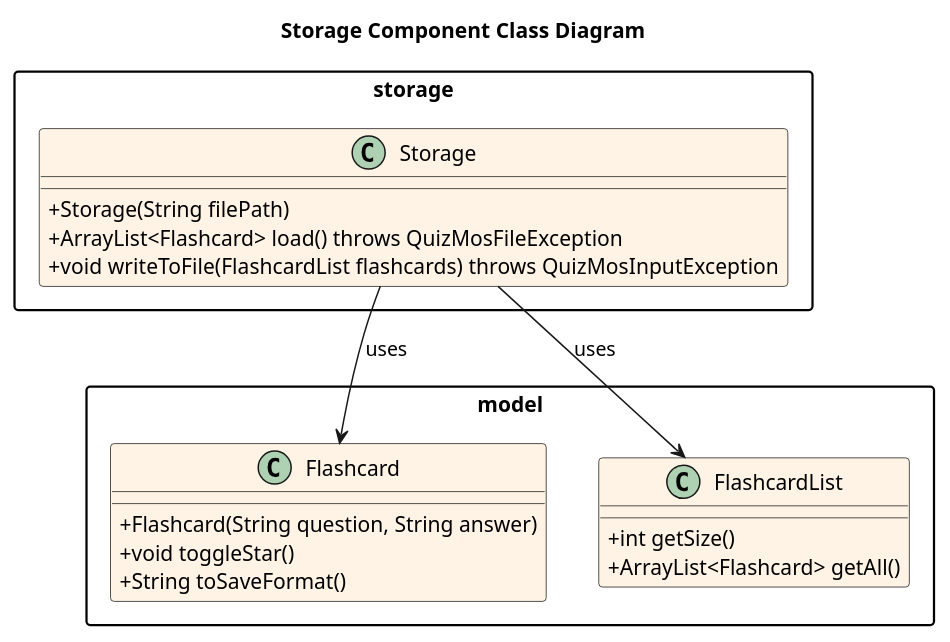
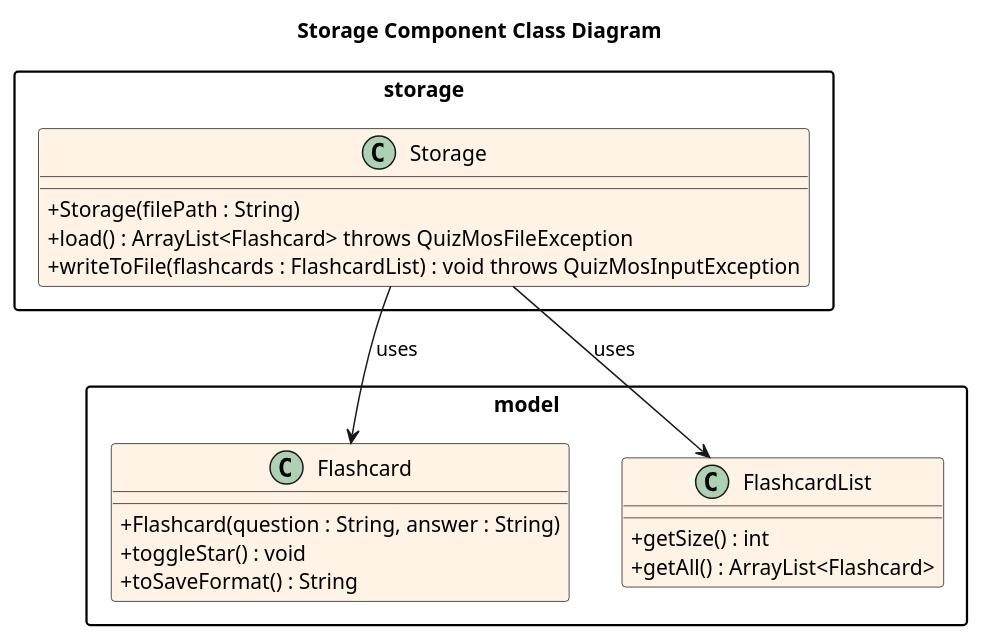
The diagram in docs/diagrams/Storage_Component_ClassDiagram.puml (ashutoshalung/tp), drawn with PlantUML before and after one commit. The commit also changed 18 other files, not shown here.

Commit message:
Fix Sequence diagrams

```diff
--- a/docs/diagrams/Storage_Component_ClassDiagram.puml
+++ b/docs/diagrams/Storage_Component_ClassDiagram.puml
@@ -1,36 +1,36 @@
 @startuml StorageComponent_ClassDiagram
 
 title Storage Component Class Diagram
 
 skinparam classAttributeIconSize 0
 skinparam classBackgroundColor #FFF3E6
 skinparam packageStyle rectangle
 skinparam shadowing false
 
 package "storage" {
 class Storage {
-+Storage(String filePath)
-+ArrayList<Flashcard> load() throws QuizMosFileException
-+void writeToFile(FlashcardList flashcards) throws QuizMosInputException
++Storage(filePath : String)
++load() : ArrayList<Flashcard> throws QuizMosFileException
++writeToFile(flashcards : FlashcardList) : void throws QuizMosInputException
 }
 }
 
 package "model" {
 class Flashcard {
-+Flashcard(String question, String answer)
-+void toggleStar()
-+String toSaveFormat()
++Flashcard(question : String, answer : String)
++toggleStar() : void
++toSaveFormat() : String
 }
 
 class FlashcardList {
-  +int getSize()
-  +ArrayList<Flashcard> getAll()
++getSize() : int
++getAll() : ArrayList<Flashcard>
 }
 
 }
 
 /' Relationships '/
 Storage --> Flashcard : uses
 Storage --> FlashcardList : uses
 
 @enduml
```
